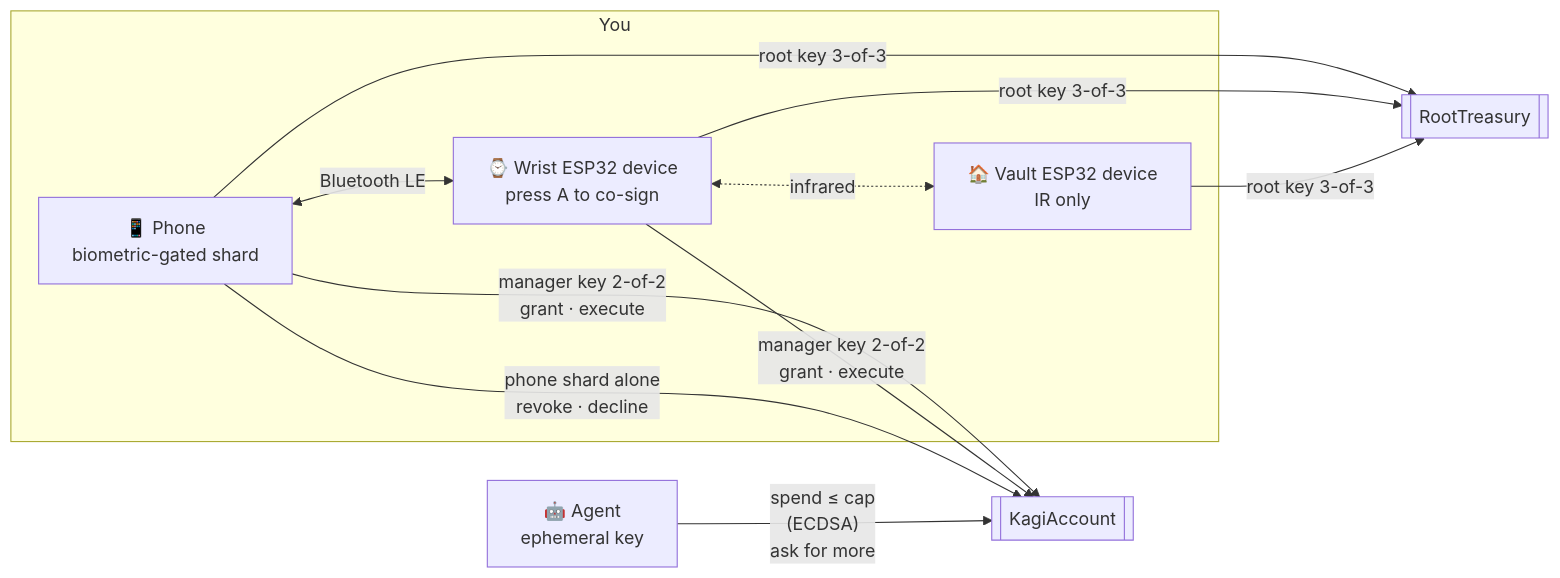
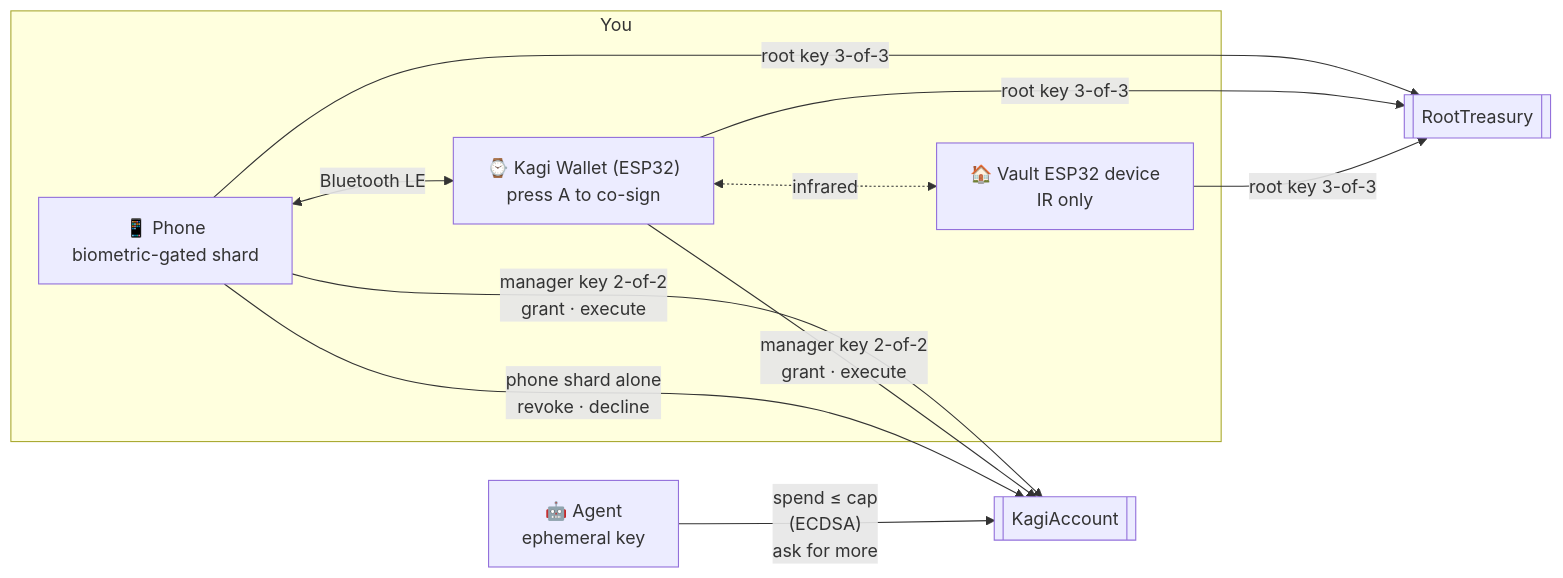
The diagram in README.md (team-somehow/kagi-wallet), drawn with Mermaid before and after one commit. The commit also changed other lines of this file and 50 other files, not shown here.

First line of the commit message:
copy: it's the Kagi Wallet (an ESP32), not a wrist

````diff
--- a/README.md
+++ b/README.md
@@ -36,20 +36,20 @@
 ```mermaid
 flowchart LR
     subgraph You
         P["📱 Phone<br/>biometric-gated shard"]
-        W["⌚ Wrist ESP32 device<br/>press A to co-sign"]
+        W["⌚ Kagi Wallet (ESP32)<br/>press A to co-sign"]
         V["🏠 Vault ESP32 device<br/>IR only"]
     end
     A["🤖 Agent<br/>ephemeral key"]
 
     P <-- "Bluetooth LE" --> W
     W <-. "infrared" .-> V
 
     A -- "spend ≤ cap<br/>(ECDSA)<br/>ask for more" --> LA
     P & W -- "manager key 2-of-2<br/>grant · execute" --> LA
     P -- "phone shard alone<br/>revoke · decline" --> LA
     P & W & V -- "root key 3-of-3" --> RT
 
     LA[["KagiAccount"]]
     RT[["RootTreasury"]]
 ```
````
